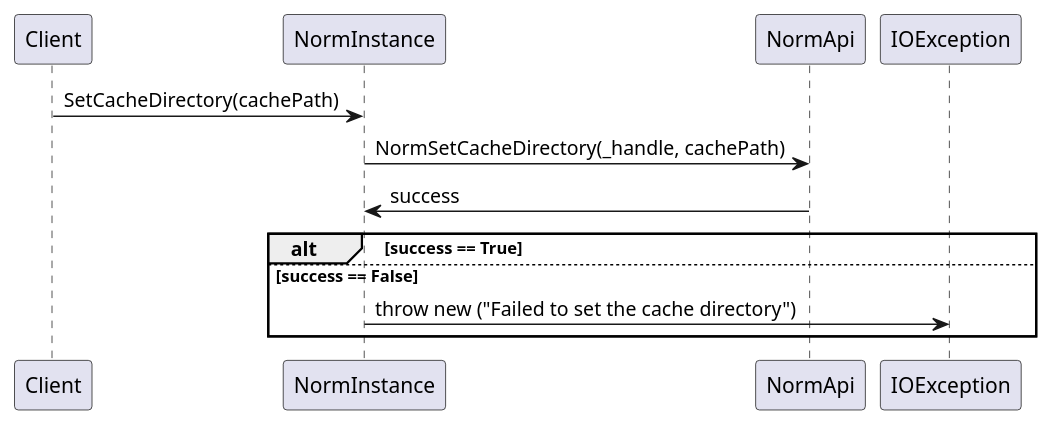
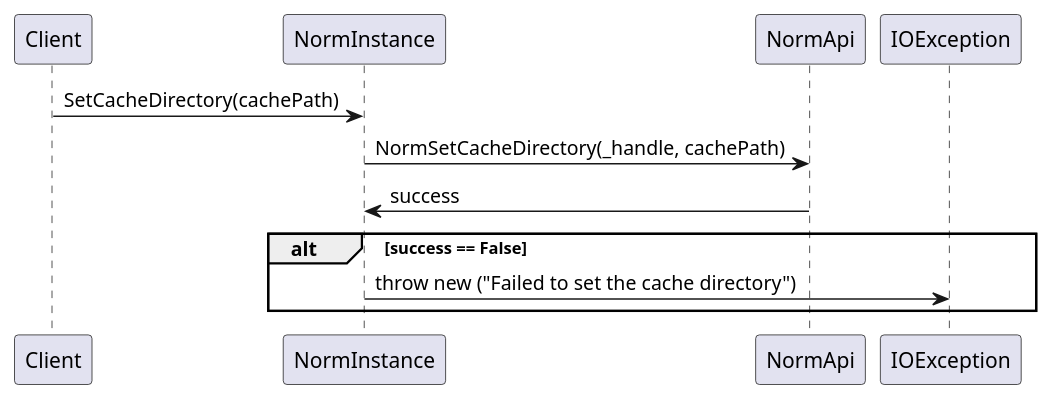
One commit to mullerj/norm changed the diagram in src/dotnet/design/Mil/Navy/Nrl/Norm/Sequence Diagrams/NormInstance/SetCacheDirectory.puml. Above: the diagram before and after it, drawn with PlantUML. The commit also changed 2 other files, not shown here.

```diff
--- a/src/dotnet/design/Mil/Navy/Nrl/Norm/Sequence Diagrams/NormInstance/SetCacheDirectory.puml
+++ b/src/dotnet/design/Mil/Navy/Nrl/Norm/Sequence Diagrams/NormInstance/SetCacheDirectory.puml
@@ -1,9 +1,8 @@
 @startuml
 Client -> NormInstance : SetCacheDirectory(cachePath)
 NormInstance -> NormApi : NormSetCacheDirectory(_handle, cachePath)
-NormInstance <- NormApi : success
-alt success == True  
-else success == False
+NormInstance <- NormApi : success 
+alt success == False
     NormInstance -> IOException : throw new ("Failed to set the cache directory")
 end
 @enduml
```
